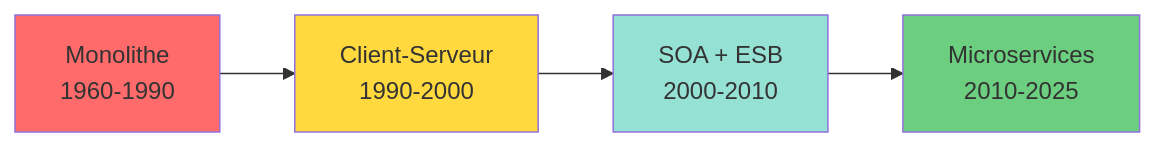
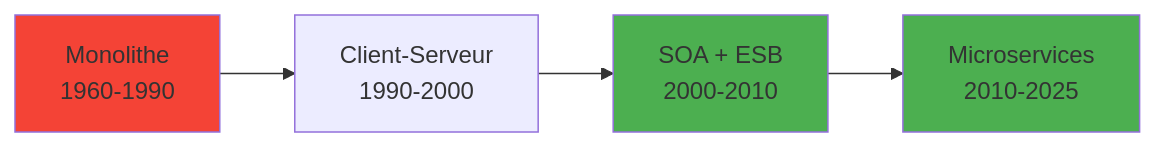
One commit to VBlackJack/ShellBook changed the first of 6 diagrams in docs/concepts/architecture-patterns.md. Above: the diagram before and after it, drawn with Mermaid. The commit also changed other lines of this file and 337 other files, not shown here.

First line of the commit message:
refactor(docs): Standardize code blocks and Mermaid colors

````diff
--- a/docs/concepts/architecture-patterns.md
+++ b/docs/concepts/architecture-patterns.md
@@ -23,11 +23,11 @@
 ```mermaid
 graph LR
     A[Monolithe<br/>1960-1990] --> B[Client-Serveur<br/>1990-2000]
     B --> C[SOA + ESB<br/>2000-2010]
     C --> D[Microservices<br/>2010-2025]
 
-    style A fill:#ff6b6b
-    style B fill:#ffd93d
-    style C fill:#95e1d3
-    style D fill:#6bcf7f
+    style A fill:#f44336
+    style B fill:#FF9800800800
+    style C fill:#4CAF50
+    style D fill:#4CAF50
 ```
````
